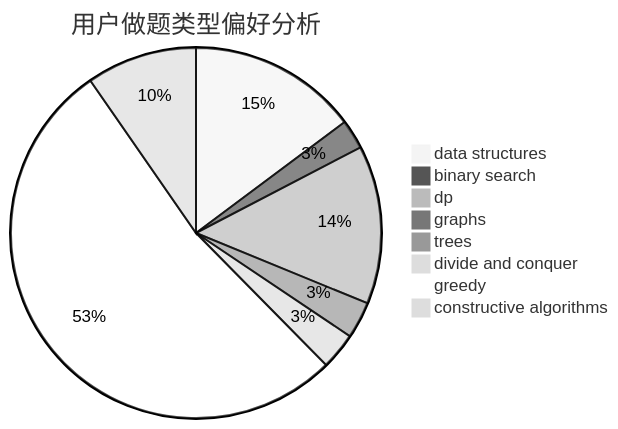
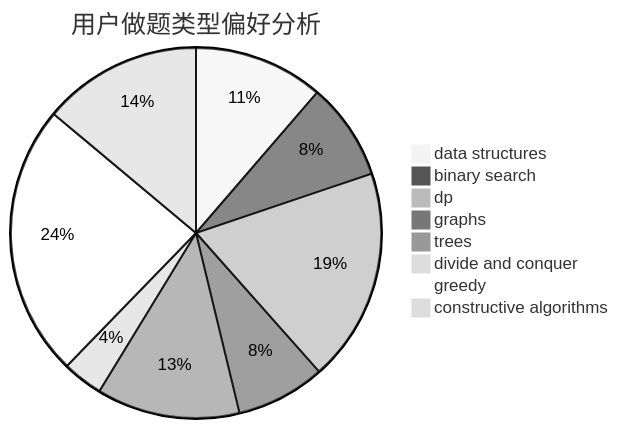
One commit to sherpahu/cfrs.github.io changed the second of 3 diagrams in docs/user/u1924.md. Above: the diagram before and after it, drawn with Mermaid (neutral theme). The commit also changed other lines of this file and 2770 other files, not shown here.

````diff
--- a/docs/user/u1924.md
+++ b/docs/user/u1924.md
@@ -23,11 +23,11 @@
 ```mermaid
 pie title 用户做题类型偏好分析
-    "data structures" :  46
-    "binary search" :  8
-    "dp" :  43
-    "graphs" :  0
-    "trees" :  10
-    "divide and conquer" :  10
-    "greedy" :  164
-    "constructive algorithms" :  30
+    "data structures" :  48
+    "binary search" :  36
+    "dp" :  79
+    "graphs" :  33
+    "trees" :  53
+    "divide and conquer" :  15
+    "greedy" :  101
+    "constructive algorithms" :  59
 ```
````
